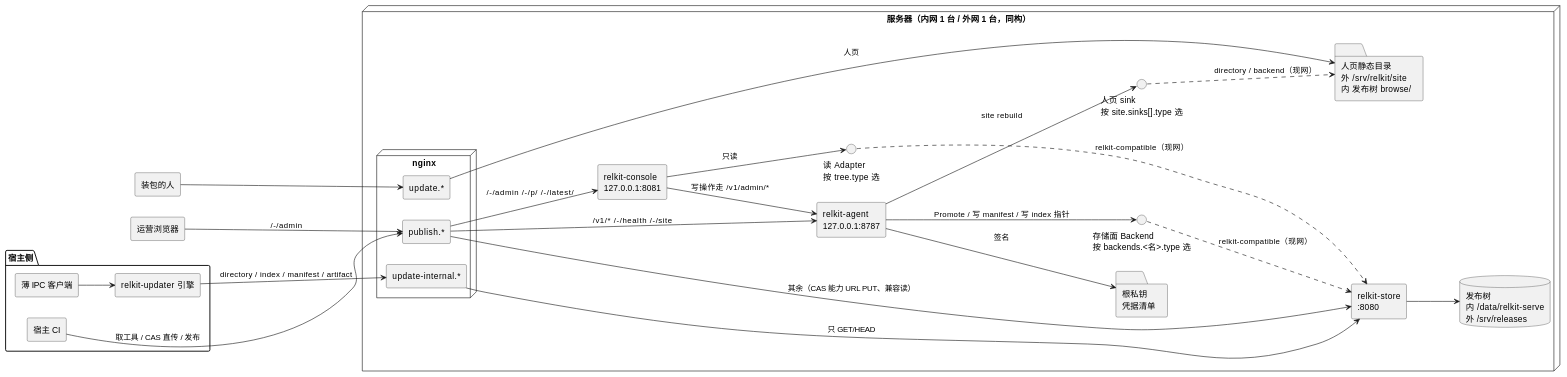
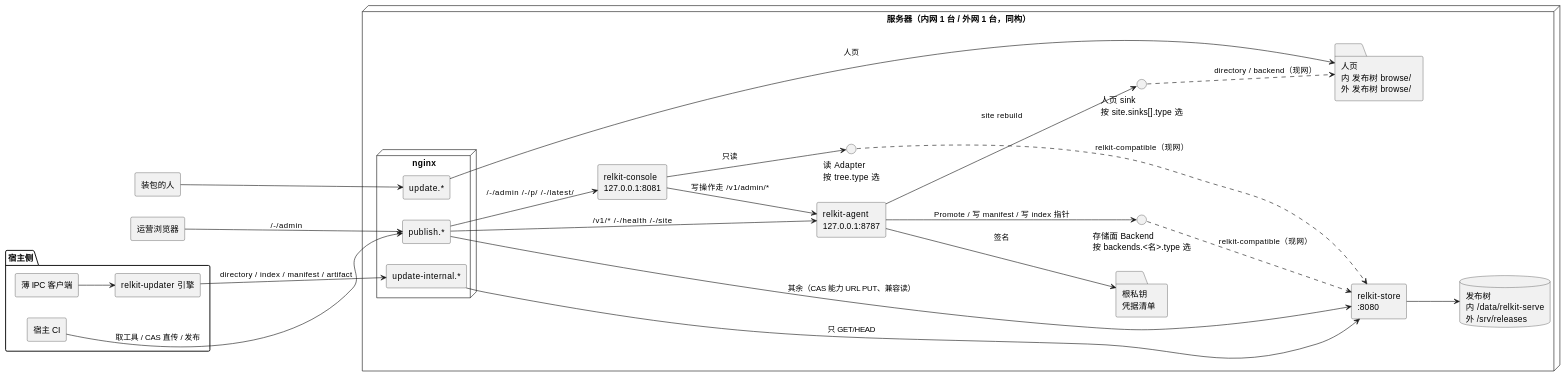
One commit to shichao402/relkit changed the first of 6 diagrams in docs/design/topology.md. Above: the diagram before and after it, drawn with PlantUML. The commit also changed other lines of this file and 3 other files, not shown here.

````diff
--- a/docs/design/topology.md
+++ b/docs/design/topology.md
@@ -26,55 +26,55 @@
 ```plantuml
 @startuml
 skinparam componentStyle rectangle
 skinparam shadowing false
 left to right direction
 
 package "宿主侧" {
   [宿主 CI] as ci
   [薄 IPC 客户端] as thin
   [relkit-updater 引擎] as engine
 }
 
 [运营浏览器] as op
 [装包的人] as human
 
 node "服务器（内网 1 台 / 外网 1 台，同构）" {
   node "nginx" {
     [publish.*] as vpub
     [update-internal.*] as vint
     [update.*] as vupd
   }
   [relkit-agent\n127.0.0.1:8787] as agent
   [relkit-store\n:8080] as store
   [relkit-console\n127.0.0.1:8081] as console
   interface "存储面 Backend\n按 backends.<名>.type 选" as ib
   interface "人页 sink\n按 site.sinks[].type 选" as isk
   interface "读 Adapter\n按 tree.type 选" as ia
   database "发布树\n内 /data/relkit-serve\n外 /srv/releases" as tree
   folder "根私钥\n凭据清单" as key
-  folder "人页静态目录\n外 /srv/relkit/site\n内 发布树 browse/" as site
+  folder "人页\n内 发布树 browse/\n外 发布树 browse/" as site
 }
 
 ci --> vpub : 取工具 / CAS 直传 / 发布
 op --> vpub : /-/admin
 engine --> vint : directory / index / manifest / artifact
 human --> vupd
 thin --> engine
 
 vpub --> agent : /v1/*  /-/health  /-/site
 vpub --> console : /-/admin  /-/p/  /-/latest/
 vpub --> store : 其余（CAS 能力 URL PUT、兼容读）
 vint --> store : 只 GET/HEAD
 vupd --> site : 人页
 
 agent --> key : 签名
 agent --> ib : Promote / 写 manifest / 写 index 指针
 agent --> isk : site rebuild
 console --> agent : 写操作走 /v1/admin/*
 console --> ia : 只读
 ib ..> store : relkit-compatible（现网）
 isk ..> site : directory / backend（现网）
 ia ..> store : relkit-compatible（现网）
 store --> tree
 @enduml
 ```
````
